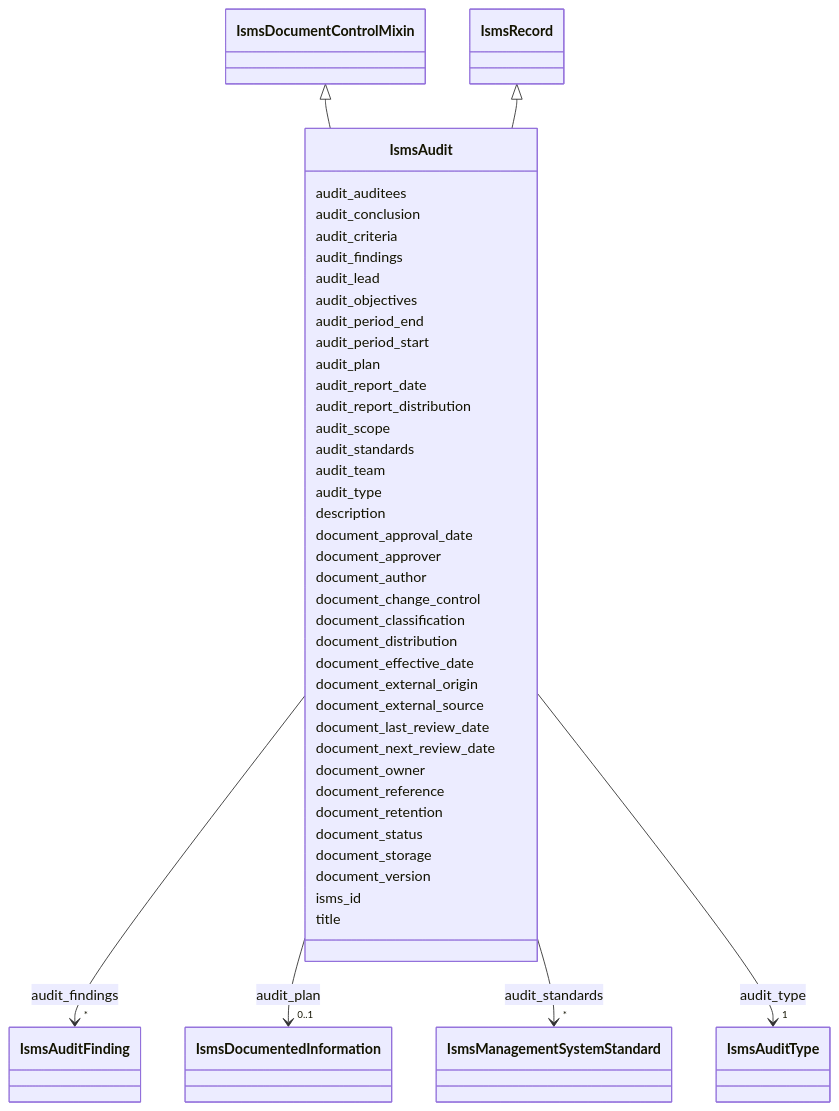
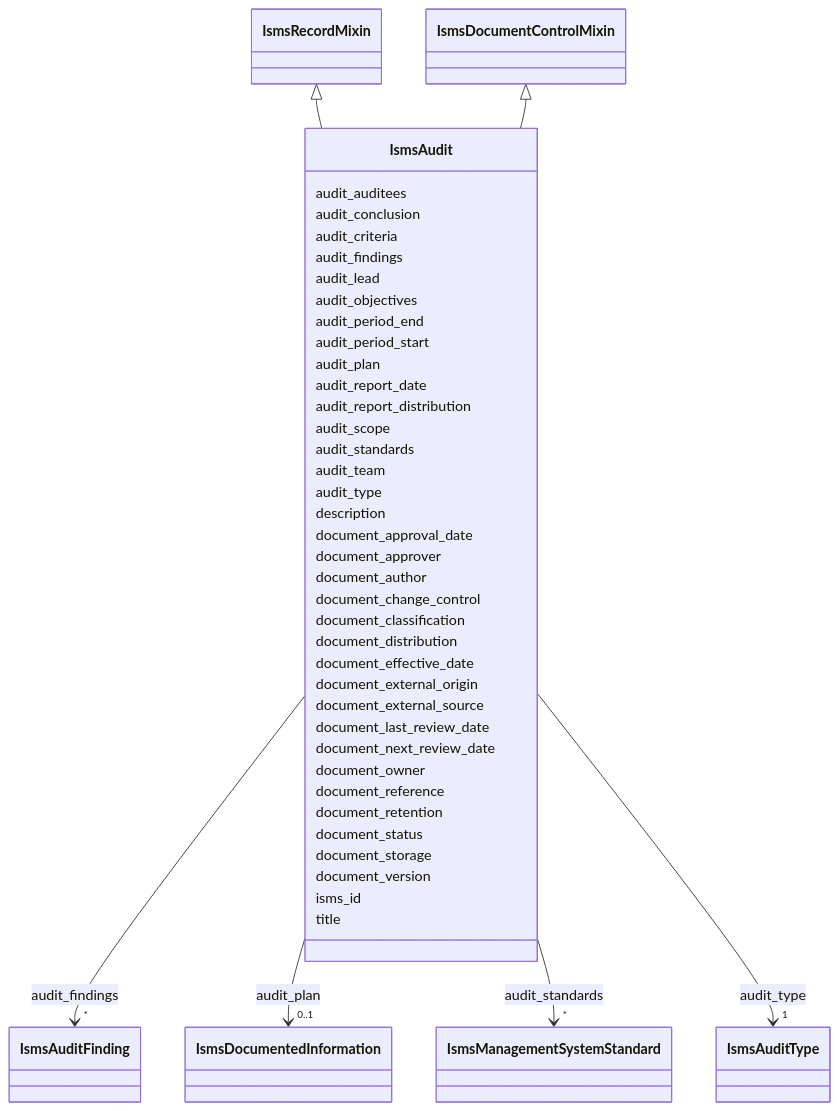
The diagram in project/mermaid/IsmsAudit.md (lmodel/iso27001), drawn with Mermaid before and after one commit. The commit also changed 171 other files, not shown here.

Commit message:
refactor(schema): make the record base a mixin so adapt can root records

```diff
--- a/project/mermaid/IsmsAudit.md
+++ b/project/mermaid/IsmsAudit.md
@@ -5,10 +5,10 @@
  classDiagram
     class IsmsAudit
     click IsmsAudit href "../IsmsAudit"
+      IsmsRecordMixin <|-- IsmsAudit
+        click IsmsRecordMixin href "../IsmsRecordMixin"
       IsmsDocumentControlMixin <|-- IsmsAudit
         click IsmsDocumentControlMixin href "../IsmsDocumentControlMixin"
-      IsmsRecord <|-- IsmsAudit
-        click IsmsRecord href "../IsmsRecord"
       
       IsmsAudit : audit_auditees
         
```
